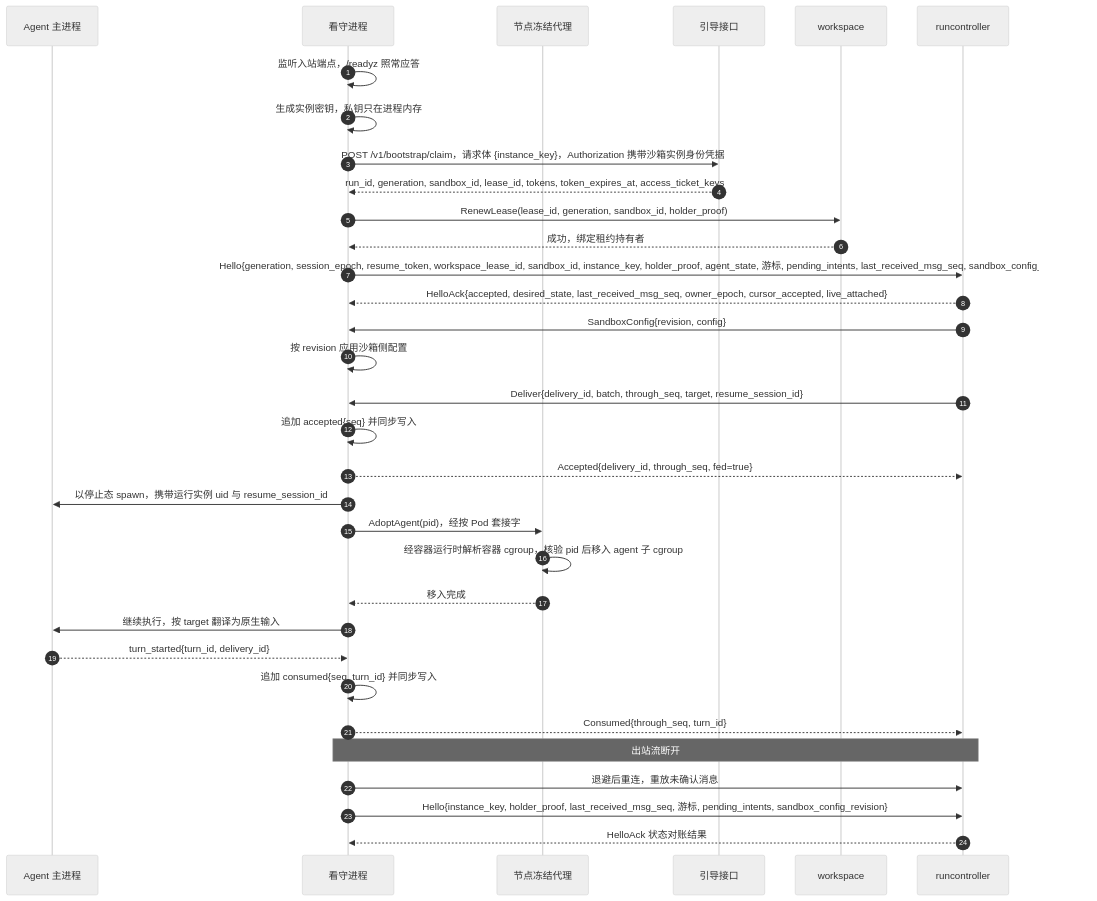
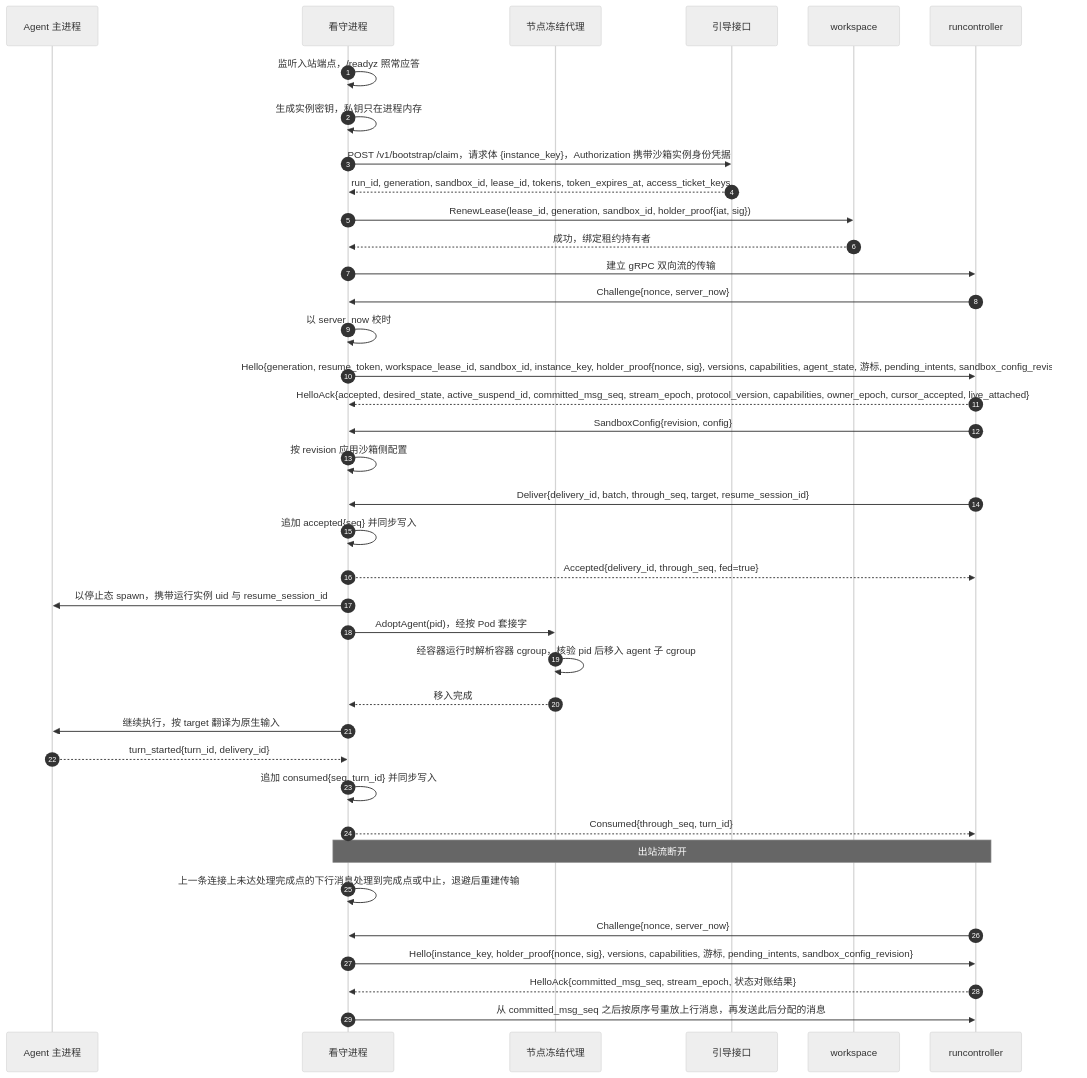
Before and after one commit to wangzw/castworks: the second of 3 diagrams in docs/design/modules/warden/design-warden.md, drawn with Mermaid (neutral theme). The commit also changed other lines of this file and 35 other files, not shown here.

````diff
--- a/docs/design/modules/warden/design-warden.md
+++ b/docs/design/modules/warden/design-warden.md
@@ -270,35 +308,40 @@
 ```mermaid
 sequenceDiagram
     autonumber
     participant A as Agent 主进程
     participant W as 看守进程
     participant N as 节点冻结代理
     participant B as 引导接口
     participant S as workspace
     participant R as runcontroller
     W->>W: 监听入站端点，/readyz 照常应答
     W->>W: 生成实例密钥，私钥只在进程内存
     W->>B: POST /v1/bootstrap/claim，请求体 {instance_key}，Authorization 携带沙箱实例身份凭据
     B-->>W: run_id, generation, sandbox_id, lease_id, tokens, token_expires_at, access_ticket_keys
-    W->>S: RenewLease(lease_id, generation, sandbox_id, holder_proof)
+    W->>S: RenewLease(lease_id, generation, sandbox_id, holder_proof{iat, sig})
     S-->>W: 成功，绑定租约持有者
-    W->>R: Hello{generation, session_epoch, resume_token, workspace_lease_id, sandbox_id, instance_key, holder_proof, agent_state, 游标, pending_intents, last_received_msg_seq, sandbox_config_revision=0}
-    R-->>W: HelloAck{accepted, desired_state, last_received_msg_seq, owner_epoch, cursor_accepted, live_attached}
+    W->>R: 建立 gRPC 双向流的传输
+    R->>W: Challenge{nonce, server_now}
+    W->>W: 以 server_now 校时
+    W->>R: Hello{generation, resume_token, workspace_lease_id, sandbox_id, instance_key, holder_proof{nonce, sig}, versions, capabilities, agent_state, 游标, pending_intents, sandbox_config_revision=0}
+    R-->>W: HelloAck{accepted, desired_state, active_suspend_id, committed_msg_seq, stream_epoch, protocol_version, capabilities, owner_epoch, cursor_accepted, live_attached}
     R->>W: SandboxConfig{revision, config}
     W->>W: 按 revision 应用沙箱侧配置
     R->>W: Deliver{delivery_id, batch, through_seq, target, resume_session_id}
     W->>W: 追加 accepted{seq} 并同步写入
     W-->>R: Accepted{delivery_id, through_seq, fed=true}
     W->>A: 以停止态 spawn，携带运行实例 uid 与 resume_session_id
     W->>N: AdoptAgent(pid)，经按 Pod 套接字
     N->>N: 经容器运行时解析容器 cgroup，核验 pid 后移入 agent 子 cgroup
     N-->>W: 移入完成
     W->>A: 继续执行，按 target 翻译为原生输入
     A-->>W: turn_started{turn_id, delivery_id}
     W->>W: 追加 consumed{seq, turn_id} 并同步写入
     W-->>R: Consumed{through_seq, turn_id}
     Note over W,R: 出站流断开
-    W->>R: 退避后重连，重放未确认消息
-    W->>R: Hello{instance_key, holder_proof, last_received_msg_seq, 游标, pending_intents, sandbox_config_revision}
-    R-->>W: HelloAck 状态对账结果
+    W->>W: 上一条连接上未达处理完成点的下行消息处理到完成点或中止，退避后重建传输
+    R->>W: Challenge{nonce, server_now}
+    W->>R: Hello{instance_key, holder_proof{nonce, sig}, versions, capabilities, 游标, pending_intents, sandbox_config_revision}
+    R-->>W: HelloAck{committed_msg_seq, stream_epoch, 状态对账结果}
+    W->>R: 从 committed_msg_seq 之后按原序号重放上行消息，再发送此后分配的消息
 ```
````
